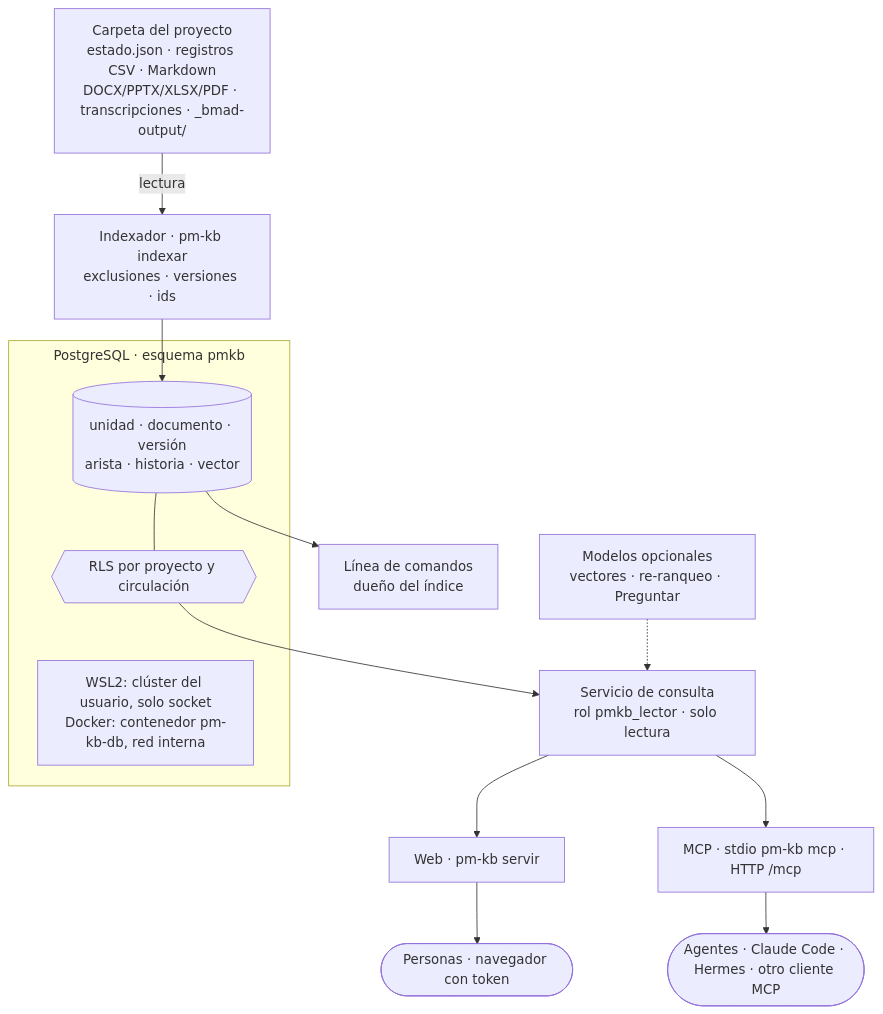
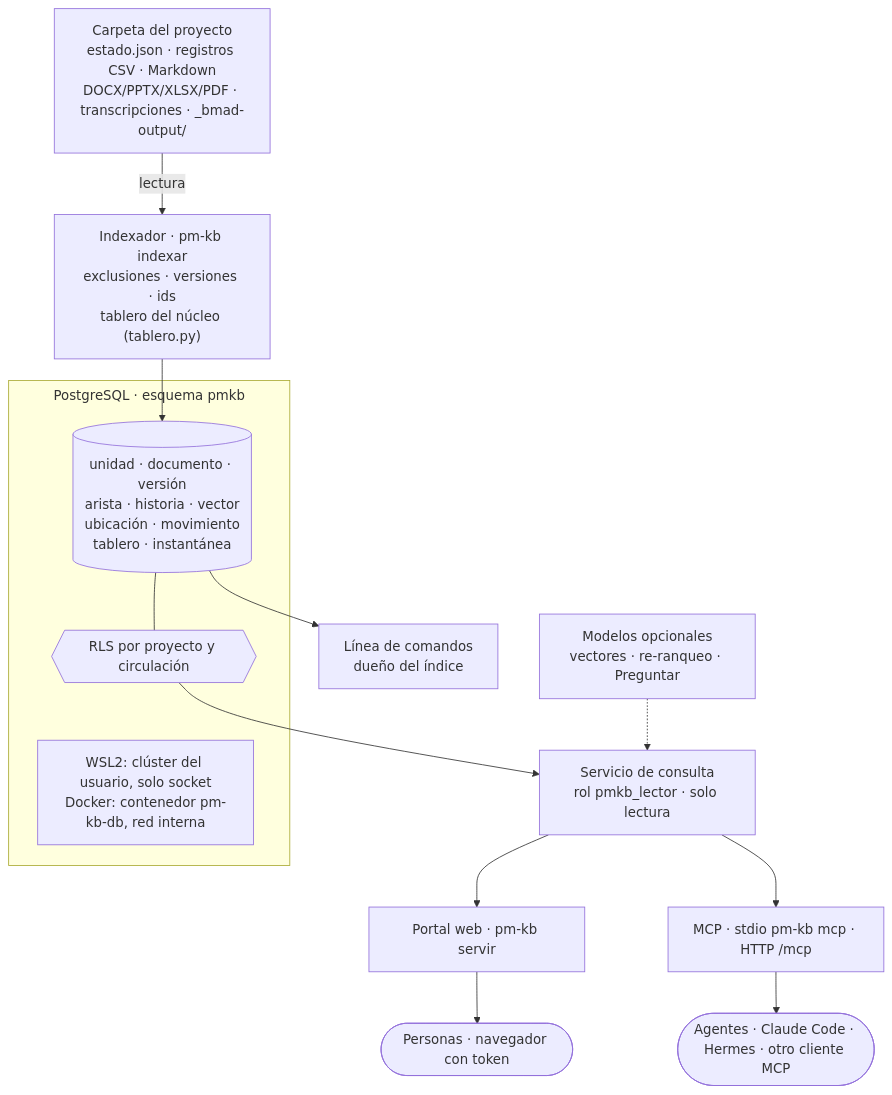
The diagram in docs/PM-KB.md (Arturo-Penas-Rial/pm-method), drawn with Mermaid before and after one commit. The commit also changed other lines of this file and 240 other files, not shown here.

````diff
--- a/docs/PM-KB.md
+++ b/docs/PM-KB.md
@@ -41,31 +52,31 @@
 ```mermaid
 ---
 config:
   flowchart:
     subGraphTitleMargin:
       top: 6
       bottom: 18
 ---
 flowchart TB
     C["Carpeta del proyecto<br/>estado.json · registros CSV · Markdown<br/>DOCX/PPTX/XLSX/PDF · transcripciones · _bmad-output/"]
-    I["Indexador · pm-kb indexar<br/>exclusiones · versiones · ids"]
+    I["Indexador · pm-kb indexar<br/>exclusiones · versiones · ids<br/>tablero del núcleo (tablero.py)"]
     subgraph PG["PostgreSQL · esquema pmkb"]
-        T[("unidad · documento · versión<br/>arista · historia · vector")]
+        T[("unidad · documento · versión<br/>arista · historia · vector<br/>ubicación · movimiento<br/>tablero · instantánea")]
         R{{"RLS por proyecto y circulación"}}
         D["WSL2: clúster del usuario, solo socket<br/>Docker: contenedor pm-kb-db, red interna"]
     end
     S["Servicio de consulta<br/>rol pmkb_lector · solo lectura"]
     L["Línea de comandos<br/>dueño del índice"]
-    W["Web · pm-kb servir"]
+    W["Portal web · pm-kb servir"]
     M["MCP · stdio pm-kb mcp · HTTP /mcp"]
     O["Modelos opcionales<br/>vectores · re-ranqueo · Preguntar"]
     P(["Personas · navegador con token"])
     A(["Agentes · Claude Code · Hermes · otro cliente MCP"])
     C -->|lectura| I --> T
     T --- R --> S
     T --> L
     R ~~~ D
     S --> W --> P
     S --> M --> A
     O -.-> S
 ```
````
